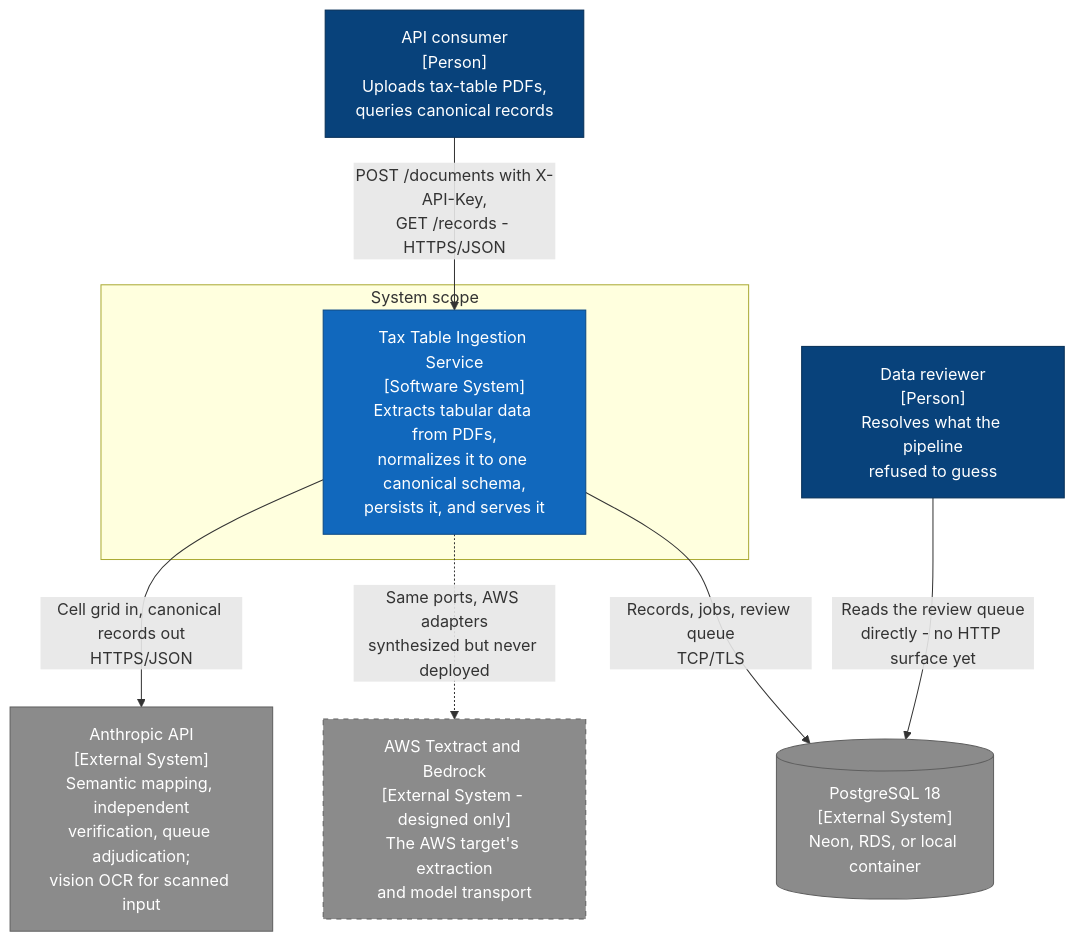
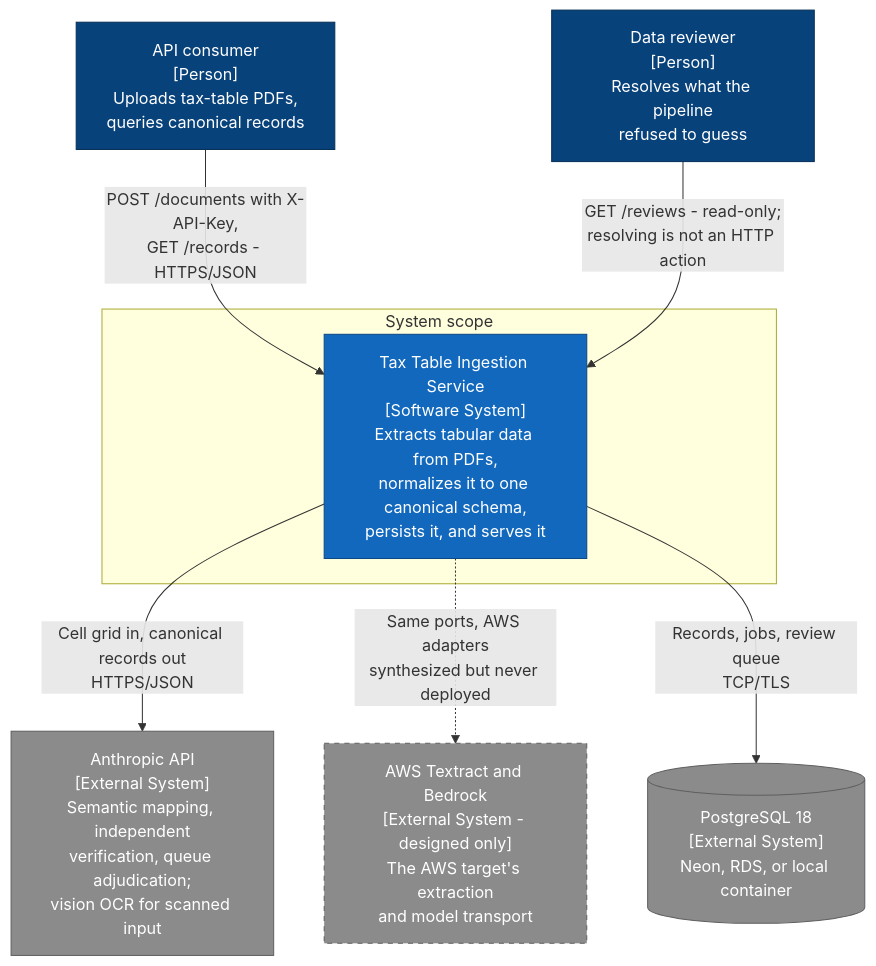
One commit to Rocuts/Auxis changed the first of 2 diagrams in README.md. Above: the diagram before and after it, drawn with Mermaid. The commit also changed other lines of this file and 64 other files, not shown here.

First line of the commit message:
feat: resolve the tracing contradiction; add a read-only review surface

````diff
--- a/README.md
+++ b/README.md
@@ -81,29 +81,29 @@
 ```mermaid
 flowchart TB
     classDef person fill:#08427b,stroke:#052e56,color:#ffffff
     classDef core fill:#1168bd,stroke:#0b4884,color:#ffffff
     classDef ext fill:#8b8b8b,stroke:#5f5f5f,color:#ffffff
     classDef designed fill:#8b8b8b,stroke:#5f5f5f,color:#ffffff,stroke-dasharray: 5 5
 
     consumer["API consumer<br/>[Person]<br/>Uploads tax-table PDFs,<br/>queries canonical records"]
     reviewer["Data reviewer<br/>[Person]<br/>Resolves what the pipeline<br/>refused to guess"]
 
     subgraph scope["System scope"]
         svc["Tax Table Ingestion Service<br/>[Software System]<br/>Extracts tabular data from PDFs,<br/>normalizes it to one canonical schema,<br/>persists it, and serves it"]
     end
 
     llm["Anthropic API<br/>[External System]<br/>Semantic mapping, independent<br/>verification, queue adjudication;<br/>vision OCR for scanned input"]
     aws["AWS Textract and Bedrock<br/>[External System - designed only]<br/>The AWS target's extraction<br/>and model transport"]
     db[("PostgreSQL 18<br/>[External System]<br/>Neon, RDS, or local container")]
 
     consumer -->|"POST /documents with X-API-Key,<br/>GET /records - HTTPS/JSON"| svc
     svc -->|"Cell grid in, canonical records out<br/>HTTPS/JSON"| llm
     svc -.->|"Same ports, AWS adapters<br/>synthesized but never deployed"| aws
     svc -->|"Records, jobs, review queue<br/>TCP/TLS"| db
-    reviewer -->|"Reads the review queue<br/>directly - no HTTP surface yet"| db
+    reviewer -->|"GET /reviews - read-only;<br/>resolving is not an HTTP action"| svc
 
     class consumer,reviewer person
     class svc core
     class llm,db ext
     class aws designed
 ```
````
